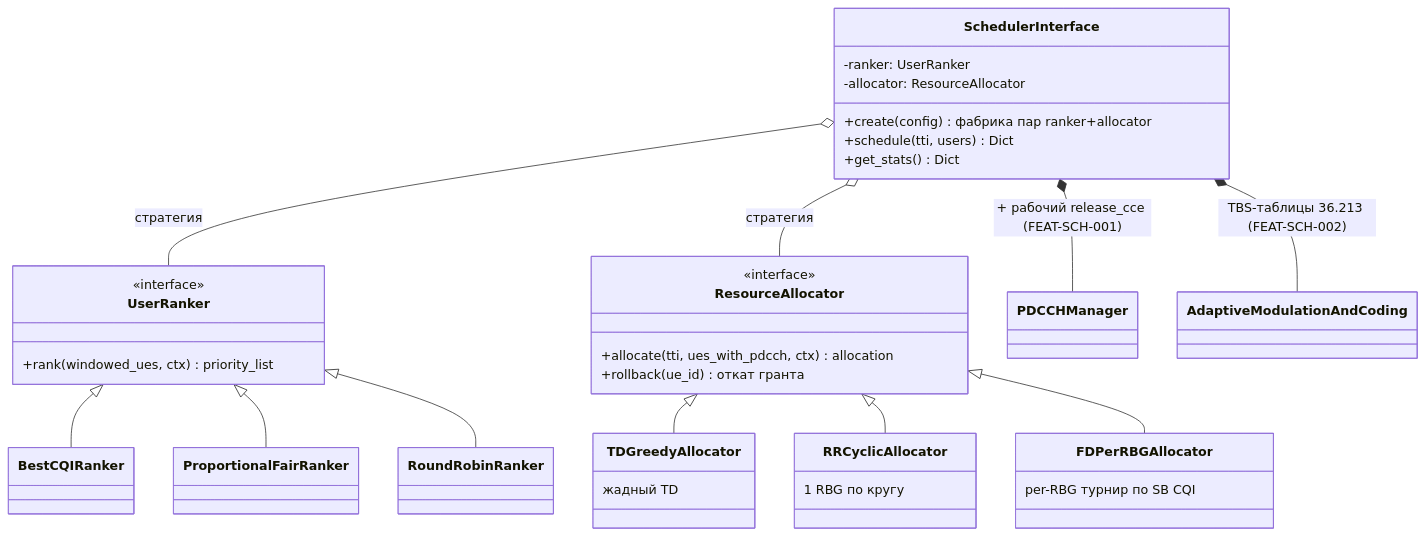
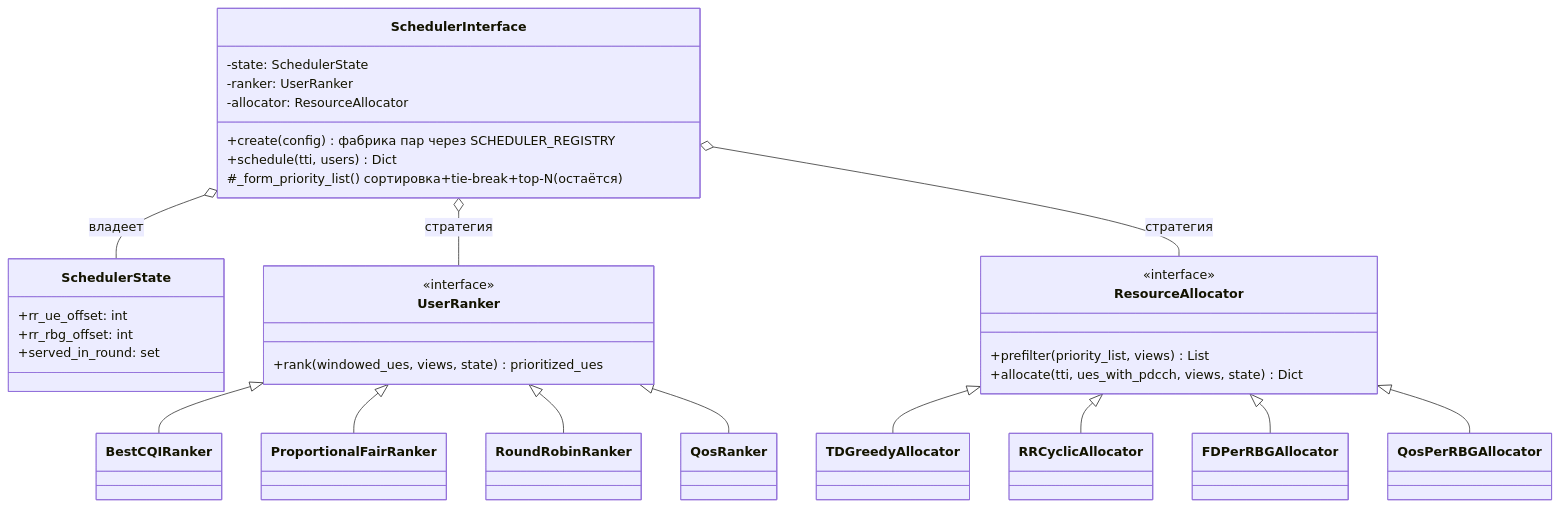
Before and after one commit to dokbrawn/REC-S5: diagram 11 of 11 in weeks/docs/diagrams.md, drawn with Mermaid. The commit also changed other lines of this file and 4 other files, not shown here.

````diff
--- a/weeks/docs/diagrams.md
+++ b/weeks/docs/diagrams.md
@@ -262,41 +311,44 @@
 ```mermaid
 classDiagram
     class SchedulerInterface {
-        +create(config) фабрика пар ranker+allocator
+        +create(config) фабрика пар через SCHEDULER_REGISTRY
         +schedule(tti, users) Dict
-        +get_stats() Dict
+        -state: SchedulerState
         -ranker: UserRanker
         -allocator: ResourceAllocator
+        #_form_priority_list() сортировка+tie-break+top-N (остаётся)
+    }
+    class SchedulerState {
+        +rr_ue_offset: int
+        +rr_rbg_offset: int
+        +served_in_round: set
     }
     class UserRanker {
         <<interface>>
-        +rank(windowed_ues, ctx) priority_list
+        +rank(windowed_ues, views, state) prioritized_ues
     }
     class ResourceAllocator {
         <<interface>>
-        +allocate(tti, ues_with_pdcch, ctx) allocation
-        +rollback(ue_id) откат гранта
+        +prefilter(priority_list, views) List
+        +allocate(tti, ues_with_pdcch, views, state) Dict
     }
     class BestCQIRanker
     class ProportionalFairRanker
     class RoundRobinRanker
-    class TDGreedyAllocator {
-        жадный TD
-    }
-    class RRCyclicAllocator {
-        1 RBG по кругу
-    }
-    class FDPerRBGAllocator {
-        per-RBG турнир по SB CQI
-    }
+    class QosRanker
+    class TDGreedyAllocator
+    class RRCyclicAllocator
+    class FDPerRBGAllocator
+    class QosPerRBGAllocator
     UserRanker <|-- BestCQIRanker
     UserRanker <|-- ProportionalFairRanker
     UserRanker <|-- RoundRobinRanker
+    UserRanker <|-- QosRanker
     ResourceAllocator <|-- TDGreedyAllocator
     ResourceAllocator <|-- RRCyclicAllocator
     ResourceAllocator <|-- FDPerRBGAllocator
+    ResourceAllocator <|-- QosPerRBGAllocator
+    SchedulerInterface o-- SchedulerState : владеет
     SchedulerInterface o-- UserRanker : стратегия
     SchedulerInterface o-- ResourceAllocator : стратегия
-    SchedulerInterface *-- PDCCHManager : + рабочий release_cce (FEAT-SCH-001)
-    SchedulerInterface *-- AdaptiveModulationAndCoding : TBS-таблицы 36.213 (FEAT-SCH-002)
 ```
````
